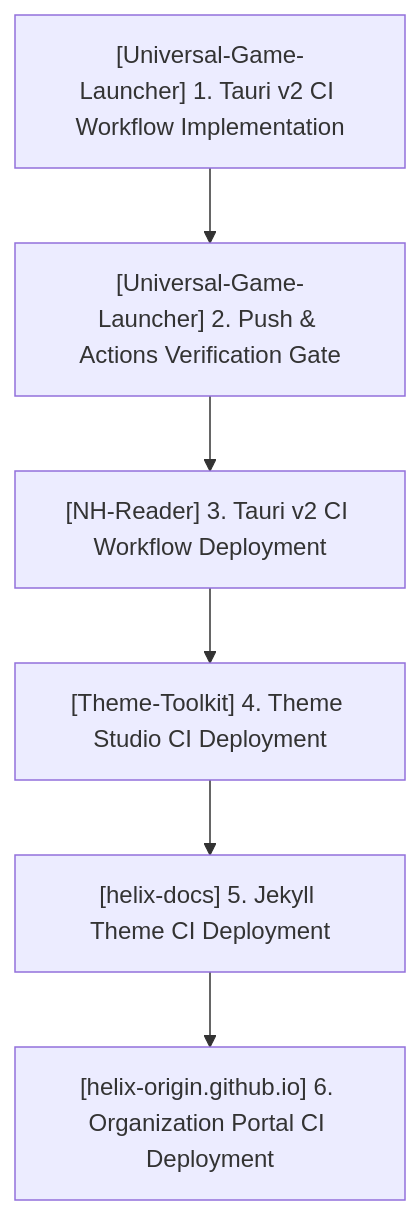
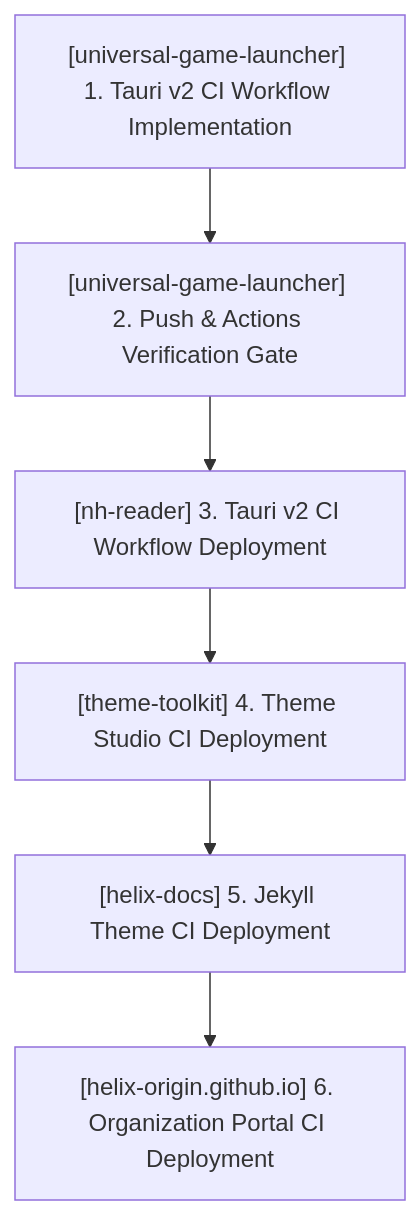
Before and after one commit to HELIX-Origin/agents: the second of 2 diagrams in TODO.md, drawn with Mermaid. The commit also changed other lines of this file and 6 other files, not shown here.

````diff
--- a/TODO.md
+++ b/TODO.md
@@ -34,8 +81,8 @@
 ```mermaid
 flowchart TD
-    W51_1["[Universal-Game-Launcher] 1. Tauri v2 CI Workflow Implementation"] --> W51_2["[Universal-Game-Launcher] 2. Push & Actions Verification Gate"]
-    W51_2 --> W51_3["[NH-Reader] 3. Tauri v2 CI Workflow Deployment"]
-    W51_3 --> W51_4["[Theme-Toolkit] 4. Theme Studio CI Deployment"]
+    W51_1["[universal-game-launcher] 1. Tauri v2 CI Workflow Implementation"] --> W51_2["[universal-game-launcher] 2. Push & Actions Verification Gate"]
+    W51_2 --> W51_3["[nh-reader] 3. Tauri v2 CI Workflow Deployment"]
+    W51_3 --> W51_4["[theme-toolkit] 4. Theme Studio CI Deployment"]
     W51_4 --> W51_5["[helix-docs] 5. Jekyll Theme CI Deployment"]
     W51_5 --> W51_6["[helix-origin.github.io] 6. Organization Portal CI Deployment"]
 ```
````
